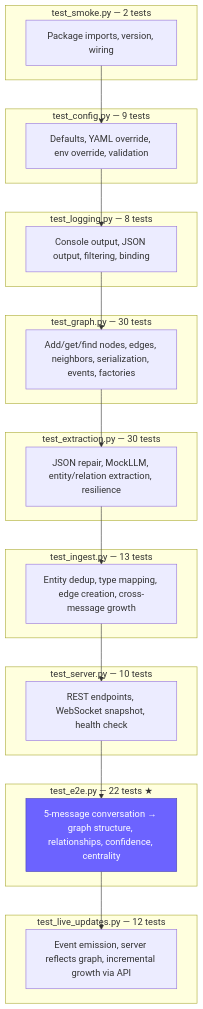
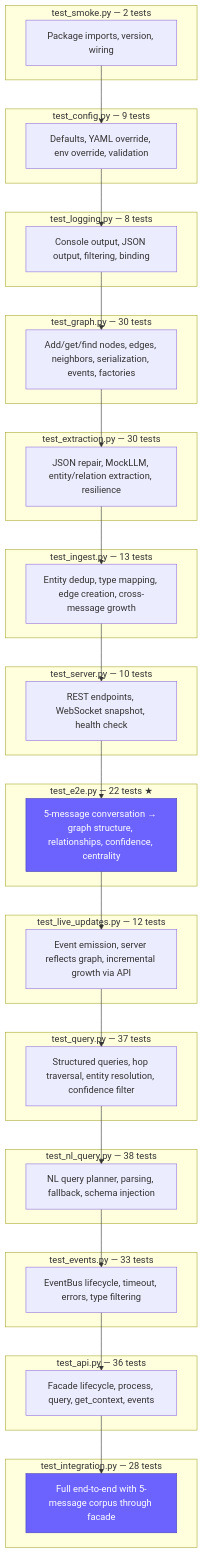
Diagram 17 of 18 in ARCHITECTURE.md (alexh-scrt/neuroweave), drawn with Mermaid before and after one commit. The commit also changed other lines of this file and 45 other files, not shown here.

````diff
--- a/ARCHITECTURE.md
+++ b/ARCHITECTURE.md
@@ -814,49 +889,75 @@
 ```mermaid
 graph TB
     subgraph "test_smoke.py — 2 tests"
         SMOKE[Package imports, version, wiring]
     end
 
     subgraph "test_config.py — 9 tests"
         CONFIG[Defaults, YAML override, env override, validation]
     end
 
     subgraph "test_logging.py — 8 tests"
         LOGGING[Console output, JSON output, filtering, binding]
     end
 
     subgraph "test_graph.py — 30 tests"
         GRAPH[Add/get/find nodes, edges, neighbors, serialization, events, factories]
     end
 
     subgraph "test_extraction.py — 30 tests"
         EXTRACTION[JSON repair, MockLLM, entity/relation extraction, resilience]
     end
 
     subgraph "test_ingest.py — 13 tests"
         INGEST_T[Entity dedup, type mapping, edge creation, cross-message growth]
     end
 
     subgraph "test_server.py — 10 tests"
         SERVER_T[REST endpoints, WebSocket snapshot, health check]
     end
 
     subgraph "test_e2e.py — 22 tests ★"
         E2E[5-message conversation → graph structure, relationships, confidence, centrality]
     end
 
     subgraph "test_live_updates.py — 12 tests"
         LIVE[Event emission, server reflects graph, incremental growth via API]
     end
 
+    subgraph "test_query.py — 37 tests"
+        QUERY[Structured queries, hop traversal, entity resolution, confidence filter]
+    end
+
+    subgraph "test_nl_query.py — 38 tests"
+        NL[NL query planner, parsing, fallback, schema injection]
+    end
+
+    subgraph "test_events.py — 33 tests"
+        EVENTS[EventBus lifecycle, timeout, errors, type filtering]
+    end
+
+    subgraph "test_api.py — 36 tests"
+        API[Facade lifecycle, process, query, get_context, events]
+    end
+
+    subgraph "test_integration.py — 28 tests"
+        INTEG[Full end-to-end with 5-message corpus through facade]
+    end
+
     SMOKE --> CONFIG
     CONFIG --> LOGGING
     LOGGING --> GRAPH
     GRAPH --> EXTRACTION
     EXTRACTION --> INGEST_T
     INGEST_T --> SERVER_T
     SERVER_T --> E2E
     E2E --> LIVE
+    LIVE --> QUERY
+    QUERY --> NL
+    NL --> EVENTS
+    EVENTS --> API
+    API --> INTEG
 
+    style INTEG fill:#6c63ff,stroke:#4a44b3,color:#fff
     style E2E fill:#6c63ff,stroke:#4a44b3,color:#fff
 ```
````
